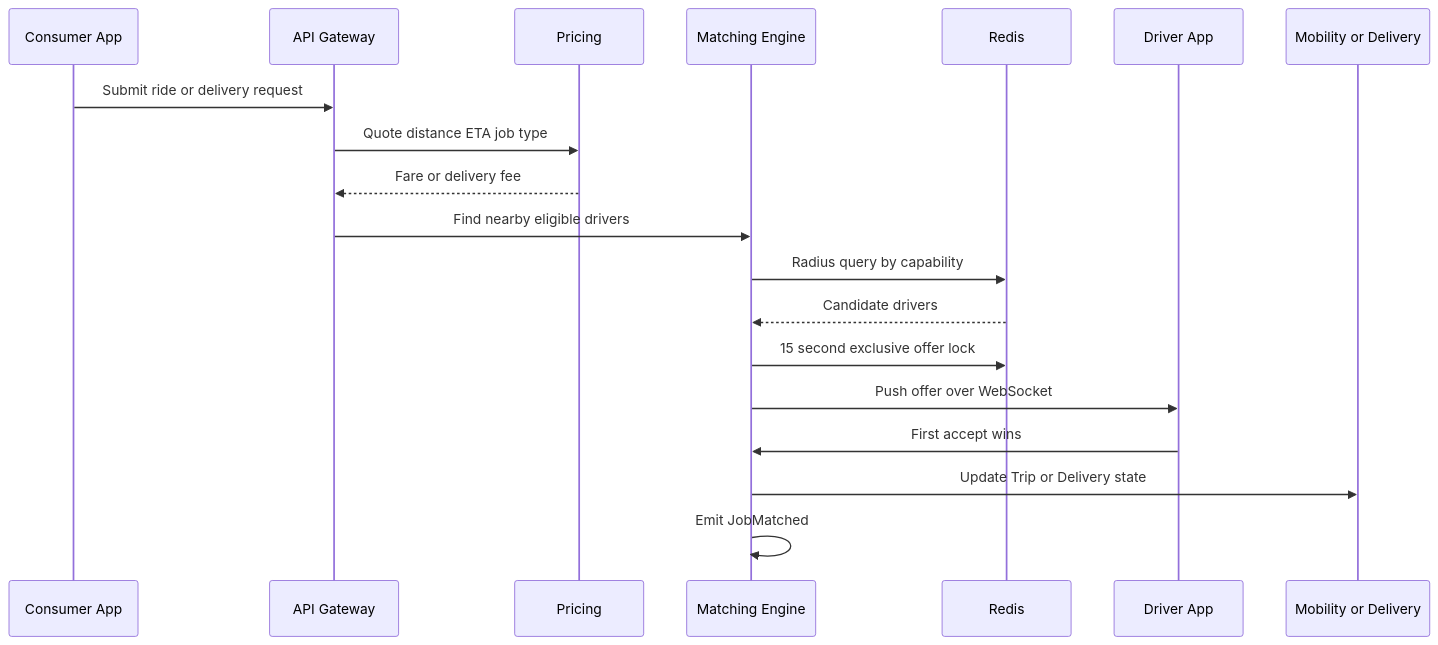
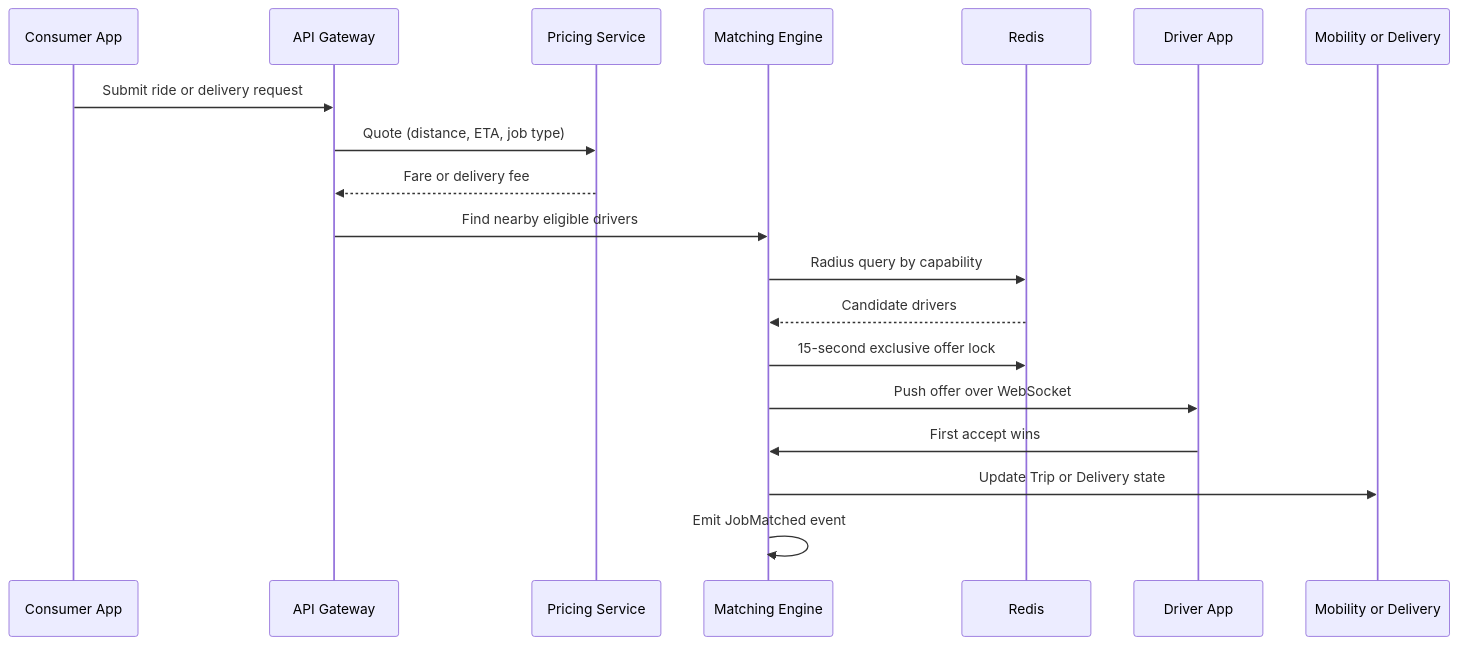
One commit to mostafiz57/Software-Architecture-Playbook changed the tenth of 17 diagrams in case-studies/mobility-delivery-platform/README.md. Above: the diagram before and after it, drawn with Mermaid. The commit also changed other lines of this file, not shown here.

````diff
--- a/case-studies/mobility-delivery-platform/README.md
+++ b/case-studies/mobility-delivery-platform/README.md
@@ -382,22 +375,22 @@
 ```mermaid
 sequenceDiagram
   participant C as Consumer App
   participant API as API Gateway
-  participant Price as Pricing
+  participant Price as Pricing Service
   participant Match as Matching Engine
   participant Redis as Redis
   participant D as Driver App
   participant Dom as Mobility or Delivery
 
   C->>API: Submit ride or delivery request
-  API->>Price: Quote distance ETA job type
+  API->>Price: Quote (distance, ETA, job type)
   Price-->>API: Fare or delivery fee
   API->>Match: Find nearby eligible drivers
   Match->>Redis: Radius query by capability
   Redis-->>Match: Candidate drivers
-  Match->>Redis: 15 second exclusive offer lock
+  Match->>Redis: 15-second exclusive offer lock
   Match->>D: Push offer over WebSocket
   D->>Match: First accept wins
   Match->>Dom: Update Trip or Delivery state
-  Match->>Match: Emit JobMatched
+  Match->>Match: Emit JobMatched event
 ```
````
